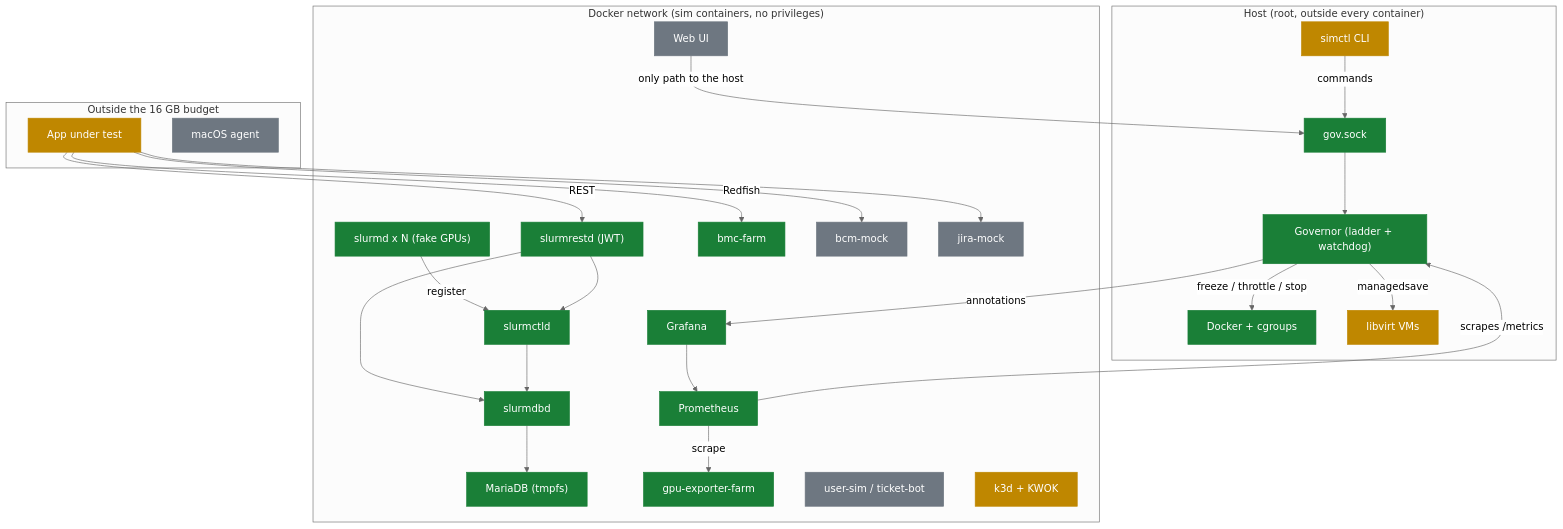
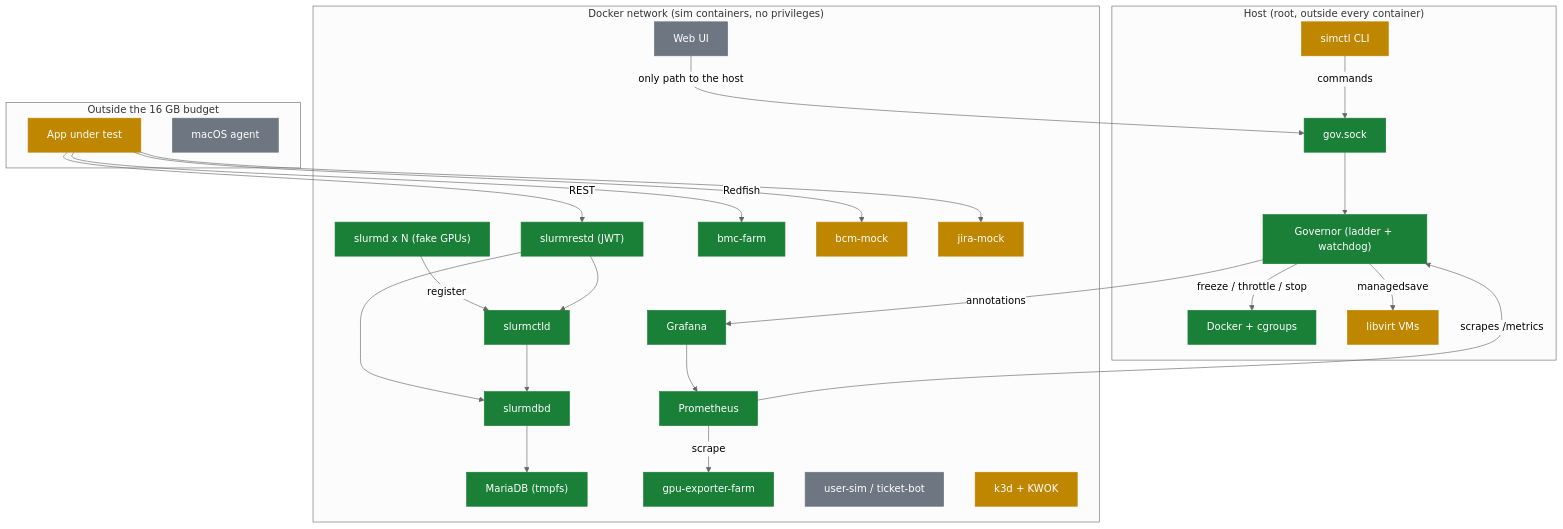
Before and after one commit to AhmedYousriSobhi/workbench: the second of 2 diagrams in docs/PROGRESS.md, drawn with Mermaid (neutral theme). The commit also changed other lines of this file and 14 other files, not shown here.

First line of the commit message:
feat: bcm-mock and jira-mock components (#69, #70)

````diff
--- a/docs/PROGRESS.md
+++ b/docs/PROGRESS.md
@@ -32,52 +32,52 @@
 ```mermaid
 flowchart TB
     subgraph host["Host (root, outside every container)"]
         simctl["simctl CLI"]:::partial
         gov["Governor (ladder + watchdog)"]:::done
         sock["gov.sock"]:::done
         docker["Docker + cgroups"]:::done
         libvirt["libvirt VMs"]:::partial
     end
     subgraph net["Docker network (sim containers, no privileges)"]
         ctld["slurmctld"]:::done
         slurmd["slurmd x N (fake GPUs)"]:::done
         restd["slurmrestd (JWT)"]:::done
         dbd["slurmdbd"]:::done
         maria["MariaDB (tmpfs)"]:::done
         prom["Prometheus"]:::done
         graf["Grafana"]:::done
         gpux["gpu-exporter-farm"]:::done
         bmc["bmc-farm"]:::done
-        bcm["bcm-mock"]:::todo
-        jira["jira-mock"]:::todo
+        bcm["bcm-mock"]:::partial
+        jira["jira-mock"]:::partial
         users["user-sim / ticket-bot"]:::todo
         k8s["k3d + KWOK"]:::partial
         webui["Web UI"]:::todo
     end
     subgraph ext["Outside the 16 GB budget"]
         app["App under test"]:::partial
         mac["macOS agent"]:::todo
     end
     simctl -->|"commands"| sock
     sock --> gov
     gov -->|"freeze / throttle / stop"| docker
     gov -->|"managedsave"| libvirt
     prom -->|"scrapes /metrics"| gov
     gov -->|"annotations"| graf
     slurmd -->|"register"| ctld
     restd --> ctld
     restd --> dbd
     ctld --> dbd
     dbd --> maria
     prom -->|"scrape"| gpux
     graf --> prom
     webui -->|"only path to the host"| sock
     app -->|"REST"| restd
     app -->|"Redfish"| bmc
     app --> bcm
     app --> jira
     classDef done fill:#1a7f37,stroke:#1a7f37,color:#fff
     classDef review fill:#0969da,stroke:#0969da,color:#fff
     classDef partial fill:#bf8700,stroke:#bf8700,color:#fff
     classDef todo fill:#6e7781,stroke:#6e7781,color:#fff
 ```
````
